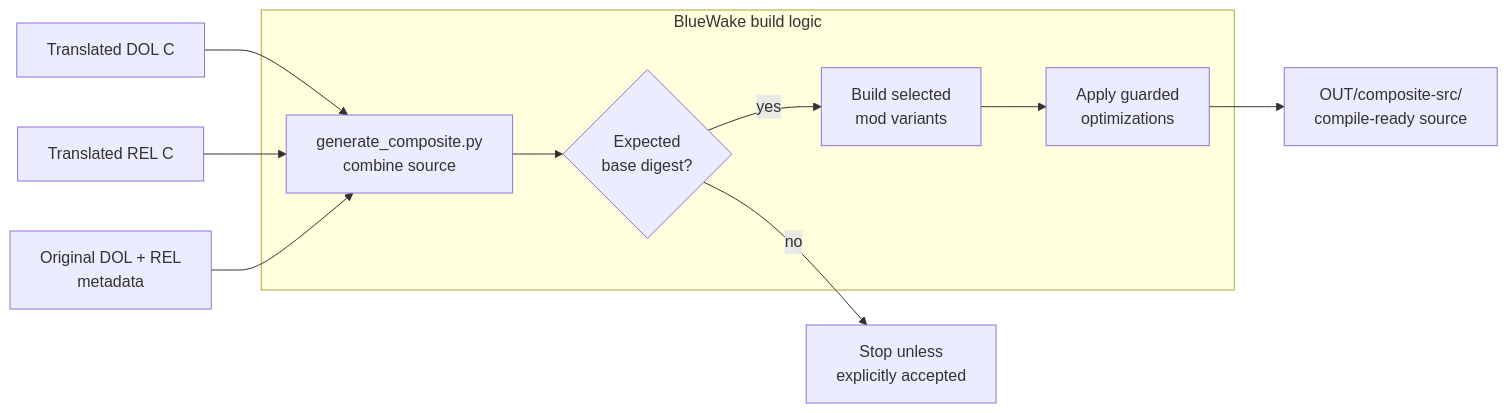
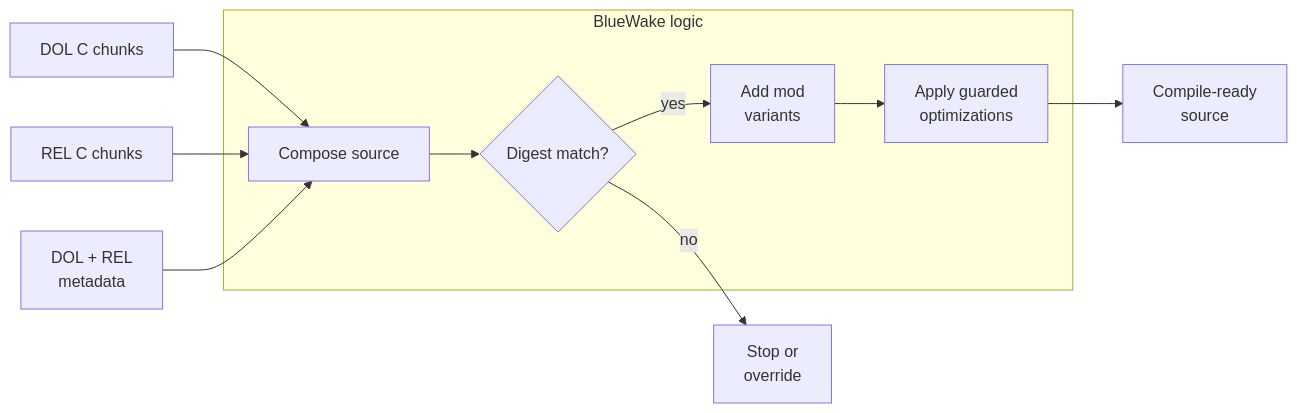
The eighth of 10 diagrams in docs/architecture/Build.md (Aelbannan/boat_of_daphnes), drawn with Mermaid before and after one commit. The commit also changed other lines of this file, not shown here.

Commit message:
docs: shorten Mermaid node labels

````diff
--- a/docs/architecture/Build.md
+++ b/docs/architecture/Build.md
@@ -416,22 +416,22 @@
 ```mermaid
 flowchart LR
-    DolC["Translated DOL C"]
-    RelC["Translated REL C"]
-    Binaries["Original DOL + REL<br/>metadata"]
-    Ready["OUT/composite-src/<br/>compile-ready source"]
-    Stop["Stop unless<br/>explicitly accepted"]
+    DolC["DOL C chunks"]
+    RelC["REL C chunks"]
+    Binaries["DOL + REL<br/>metadata"]
+    Ready["Compile-ready<br/>source"]
+    Stop["Stop or<br/>override"]
 
-    subgraph BlueWake["BlueWake build logic"]
-        Generate["generate_composite.py<br/>combine source"]
-        Verify{"Expected<br/>base digest?"}
-        Variants["Build selected<br/>mod variants"]
+    subgraph BlueWake["BlueWake logic"]
+        Generate["Compose source"]
+        Verify{"Digest match?"}
+        Variants["Add mod<br/>variants"]
         Prepare["Apply guarded<br/>optimizations"]
     end
 
     DolC --> Generate
     RelC --> Generate
     Binaries --> Generate
     Generate --> Verify
     Verify -->|yes| Variants --> Prepare --> Ready
     Verify -->|no| Stop
 ```
````
